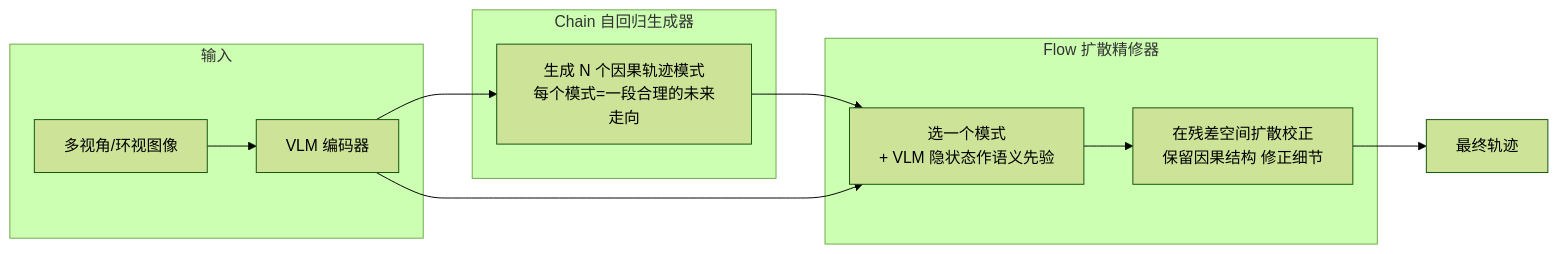
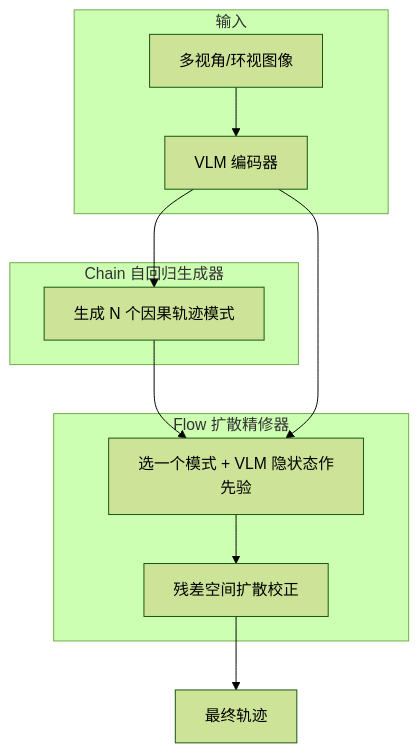
One commit to salad18/AutoDriveLearningNote changed the diagram in 05-论文阅读/论文解读-ChainFlow-VLA.md. Above: the diagram before and after it, drawn with Mermaid (forest theme). The commit also changed 40 other files, not shown here.

First line of the commit message:
docs: 新增数据闭环/面试/热点系列笔记，mermaid 图统一竖排

````diff
--- a/05-论文阅读/论文解读-ChainFlow-VLA.md
+++ b/05-论文阅读/论文解读-ChainFlow-VLA.md
@@ -56,15 +56,18 @@
 ```mermaid
-flowchart LR
+flowchart TD
     subgraph 输入
         A[多视角/环视图像] --> B[VLM 编码器]
     end
-    subgraph Chain 自回归生成器
-        B --> C[生成 N 个因果轨迹模式<br/>每个模式=一段合理的未来走向]
+    subgraph Chain["Chain 自回归生成器"]
+        C[生成 N 个因果轨迹模式]
     end
-    subgraph Flow 扩散精修器
-        C --> D[选一个模式<br/>+ VLM 隐状态作语义先验]
-        B --> D
-        D --> E[在残差空间扩散校正<br/>保留因果结构 修正细节]
+    subgraph Flow["Flow 扩散精修器"]
+        D[选一个模式 + VLM 隐状态作先验]
+        E[残差空间扩散校正]
     end
+    B --> C
+    C --> D
+    B --> D
+    D --> E
     E --> F[最终轨迹]
 ```
````
